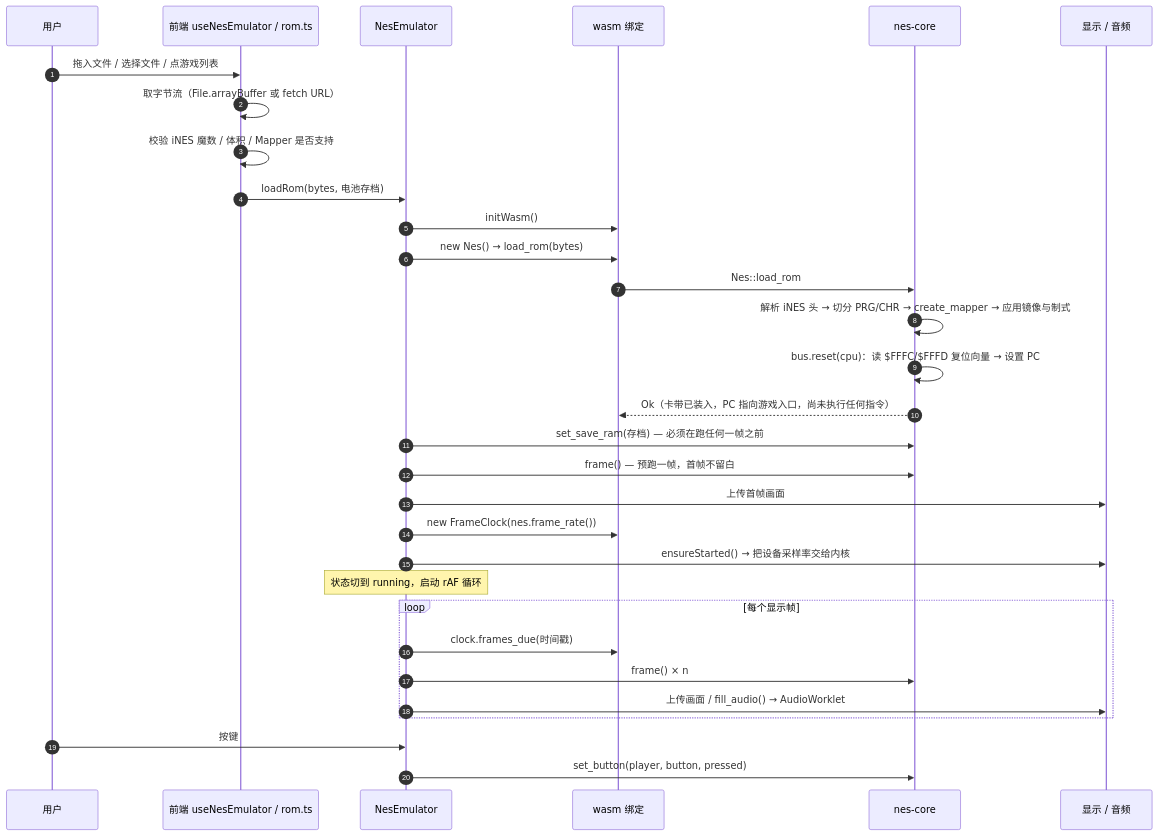
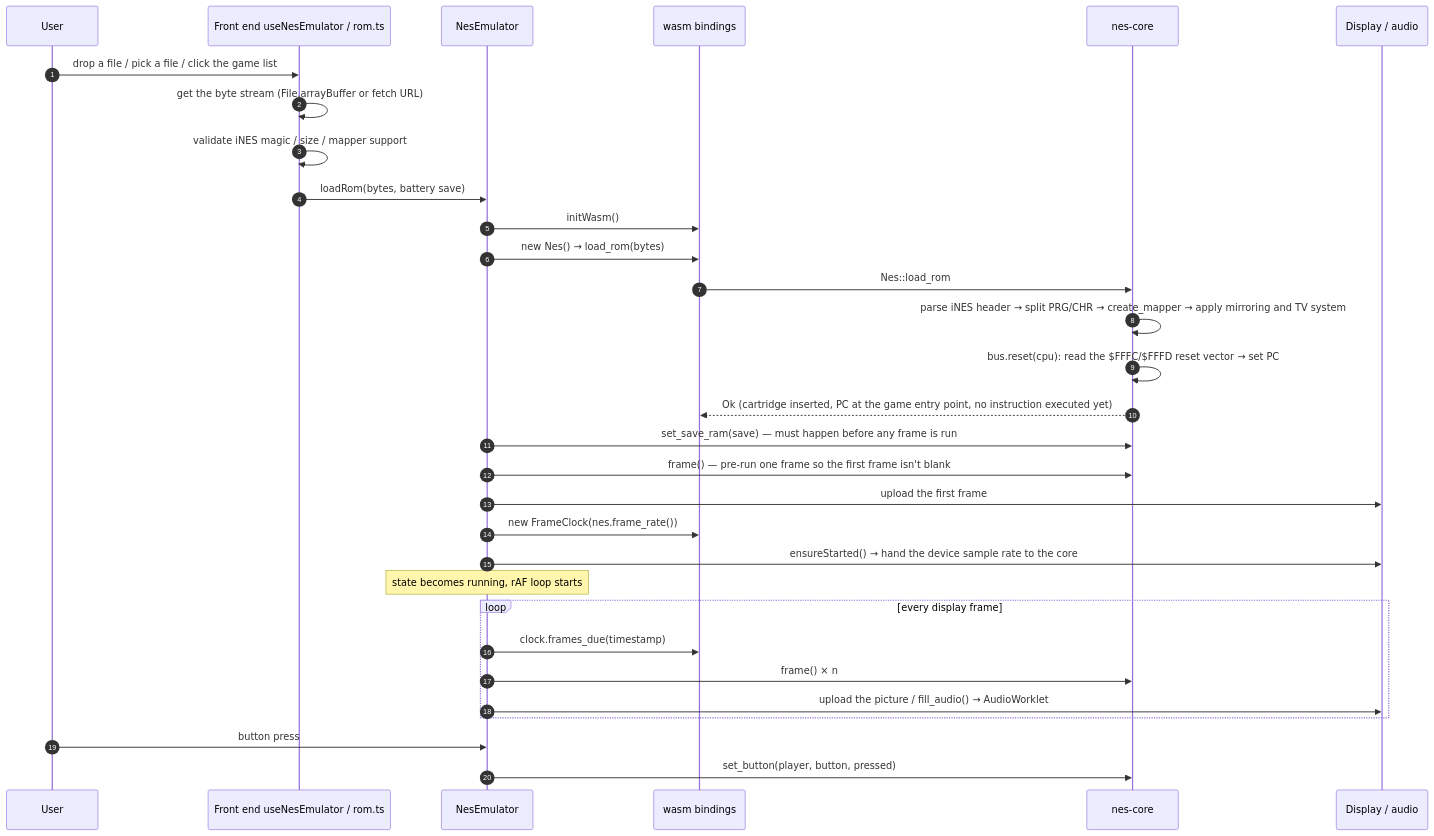
One commit to YufJi/nes-emulator changed the fourth of 13 diagrams in docs/architecture.md. Above: the diagram before and after it, drawn with Mermaid. The commit also changed other lines of this file and 8 other files, not shown here.

````diff
--- a/docs/architecture.md
+++ b/docs/architecture.md
@@ -186,34 +199,34 @@
 ```mermaid
 sequenceDiagram
     autonumber
-    participant U as 用户
-    participant FE as 前端 useNesEmulator / rom.ts
+    participant U as User
+    participant FE as Front end useNesEmulator / rom.ts
     participant EM as NesEmulator
-    participant W as wasm 绑定
+    participant W as wasm bindings
     participant N as nes-core
-    participant IO as 显示 / 音频
+    participant IO as Display / audio
 
-    U->>FE: 拖入文件 / 选择文件 / 点游戏列表
-    FE->>FE: 取字节流（File.arrayBuffer 或 fetch URL）
-    FE->>FE: 校验 iNES 魔数 / 体积 / Mapper 是否支持
-    FE->>EM: loadRom(bytes, 电池存档)
+    U->>FE: drop a file / pick a file / click the game list
+    FE->>FE: get the byte stream (File.arrayBuffer or fetch URL)
+    FE->>FE: validate iNES magic / size / mapper support
+    FE->>EM: loadRom(bytes, battery save)
     EM->>W: initWasm()
     EM->>W: new Nes() → load_rom(bytes)
     W->>N: Nes::load_rom
-    N->>N: 解析 iNES 头 → 切分 PRG/CHR → create_mapper → 应用镜像与制式
-    N->>N: bus.reset(cpu)：读 $FFFC/$FFFD 复位向量 → 设置 PC
-    N-->>W: Ok（卡带已装入，PC 指向游戏入口，尚未执行任何指令）
-    EM->>N: set_save_ram(存档) — 必须在跑任何一帧之前
-    EM->>N: frame() — 预跑一帧，首帧不留白
-    EM->>IO: 上传首帧画面
+    N->>N: parse iNES header → split PRG/CHR → create_mapper → apply mirroring and TV system
+    N->>N: bus.reset(cpu): read the $FFFC/$FFFD reset vector → set PC
+    N-->>W: Ok (cartridge inserted, PC at the game entry point, no instruction executed yet)
+    EM->>N: set_save_ram(save) — must happen before any frame is run
+    EM->>N: frame() — pre-run one frame so the first frame isn't blank
+    EM->>IO: upload the first frame
     EM->>W: new FrameClock(nes.frame_rate())
-    EM->>IO: ensureStarted() → 把设备采样率交给内核
-    Note over EM: 状态切到 running，启动 rAF 循环
-    loop 每个显示帧
-        EM->>W: clock.frames_due(时间戳)
+    EM->>IO: ensureStarted() → hand the device sample rate to the core
+    Note over EM: state becomes running, rAF loop starts
+    loop every display frame
+        EM->>W: clock.frames_due(timestamp)
         EM->>N: frame() × n
-        EM->>IO: 上传画面 / fill_audio() → AudioWorklet
+        EM->>IO: upload the picture / fill_audio() → AudioWorklet
     end
-    U->>EM: 按键
+    U->>EM: button press
     EM->>N: set_button(player, button, pressed)
 ```
````
